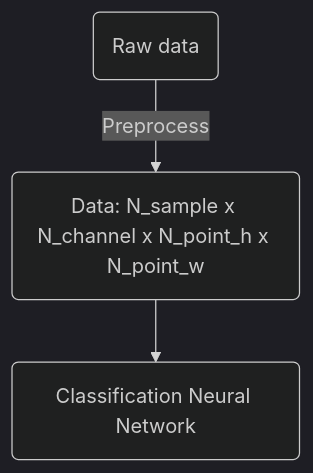
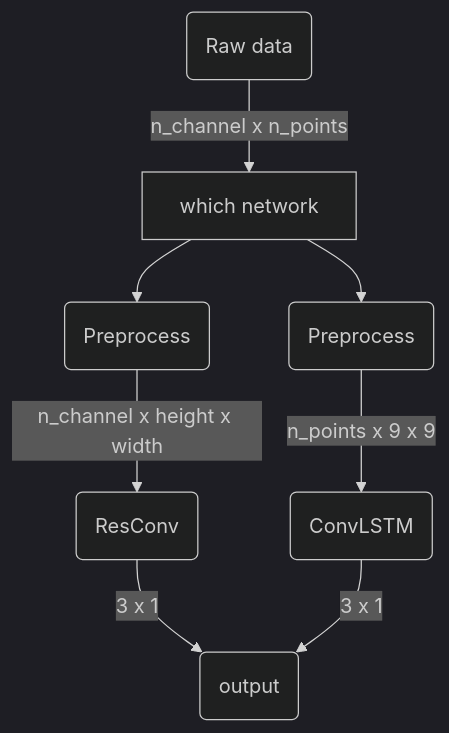
The diagram in README.md (Bozenton/EEG_Motor_Imagery_Classification), drawn with Mermaid (dark theme) before and after one commit. The commit also changed other lines of this file and 5 other files, not shown here.

````diff
--- a/README.md
+++ b/README.md
@@ -6,5 +6,11 @@
 ```mermaid
 graph TB
-	A(Raw data) --Preprocess--> B(Data: N_sample x N_channel x N_point_h x N_point_w)
-	B --> C(Classification Neural Network)
+	A(Raw data) --n_channel x n_points--> B[which network]
+	B--> C(Preprocess)
+	C --n_channel x height x width--> D(ResConv)
+	D --3 x 1--> E(output)
+	
+	B--> F(Preprocess)
+	F --n_points x 9 x 9--> J(ConvLSTM)
+	J --3 x 1--> E(output)
 ```
````
